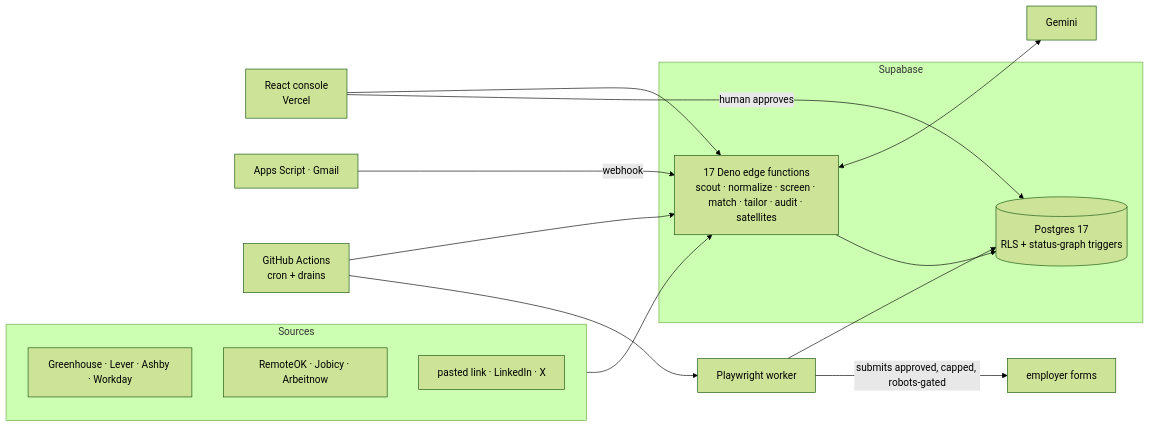
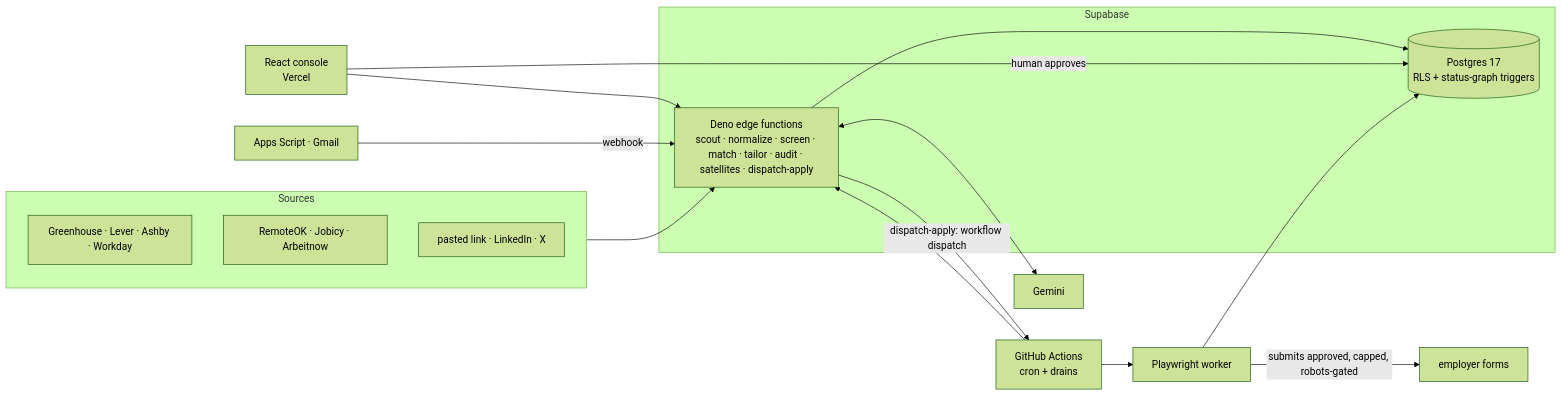
The diagram in docs/stack/2026-11-05-overview.md (MallamTeja/applyyy), drawn with Mermaid (forest theme) before and after one commit. The commit also changed other lines of this file and 98 other files, not shown here.

````diff
--- a/docs/stack/2026-11-05-overview.md
+++ b/docs/stack/2026-11-05-overview.md
@@ -52,27 +52,28 @@
 ```mermaid
 flowchart LR
   subgraph Sources
     ATS[Greenhouse · Lever · Ashby · Workday]
     FEEDS[RemoteOK · Jobicy · Arbeitnow]
     LINK[pasted link · LinkedIn · X]
   end
   subgraph Supabase
-    EDGE[17 Deno edge functions<br/>scout · normalize · screen · match · tailor · audit · satellites]
+    EDGE[Deno edge functions<br/>scout · normalize · screen · match · tailor · audit · satellites · dispatch-apply]
     PG[(Postgres 17<br/>RLS + status-graph triggers)]
   end
   GEM[Gemini]
   WEB[React console<br/>Vercel]
   GHA[GitHub Actions<br/>cron + drains]
   W[Playwright worker]
   GAS[Apps Script · Gmail]
   Sources --> EDGE
   EDGE <--> GEM
   EDGE --> PG
   WEB --> EDGE
   WEB -->|human approves| PG
+  EDGE -->|dispatch-apply: workflow dispatch| GHA
   GHA --> EDGE
   GHA --> W
   W -->|submits approved, capped, robots-gated| EMP[employer forms]
   W --> PG
   GAS -->|webhook| EDGE
 ```
````
